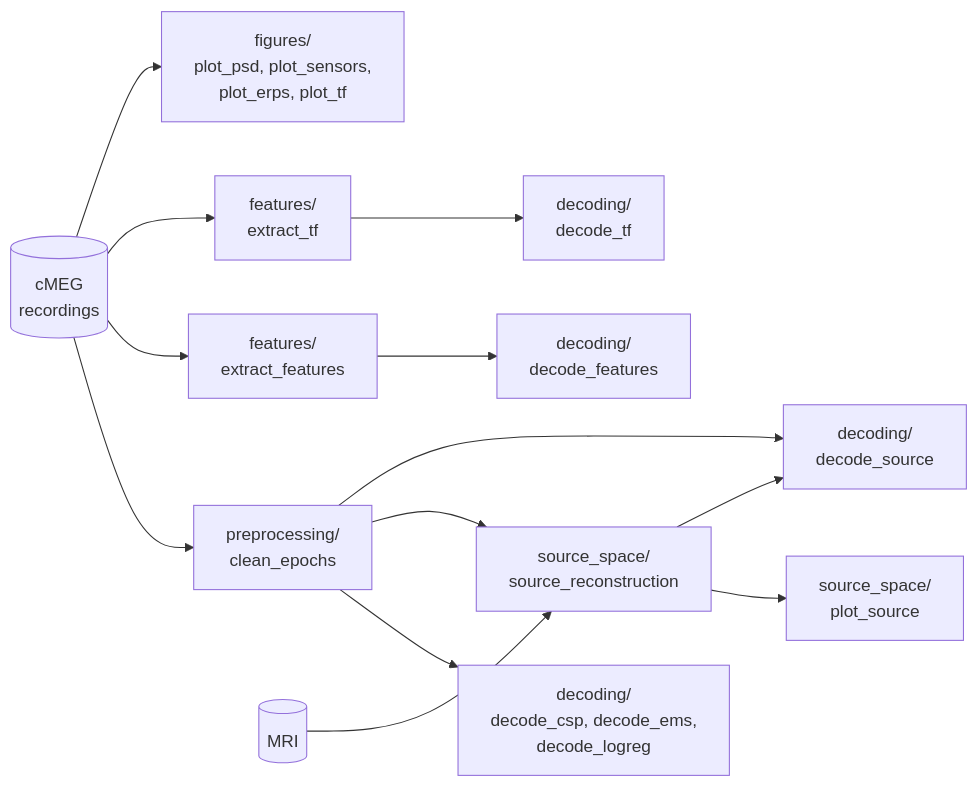
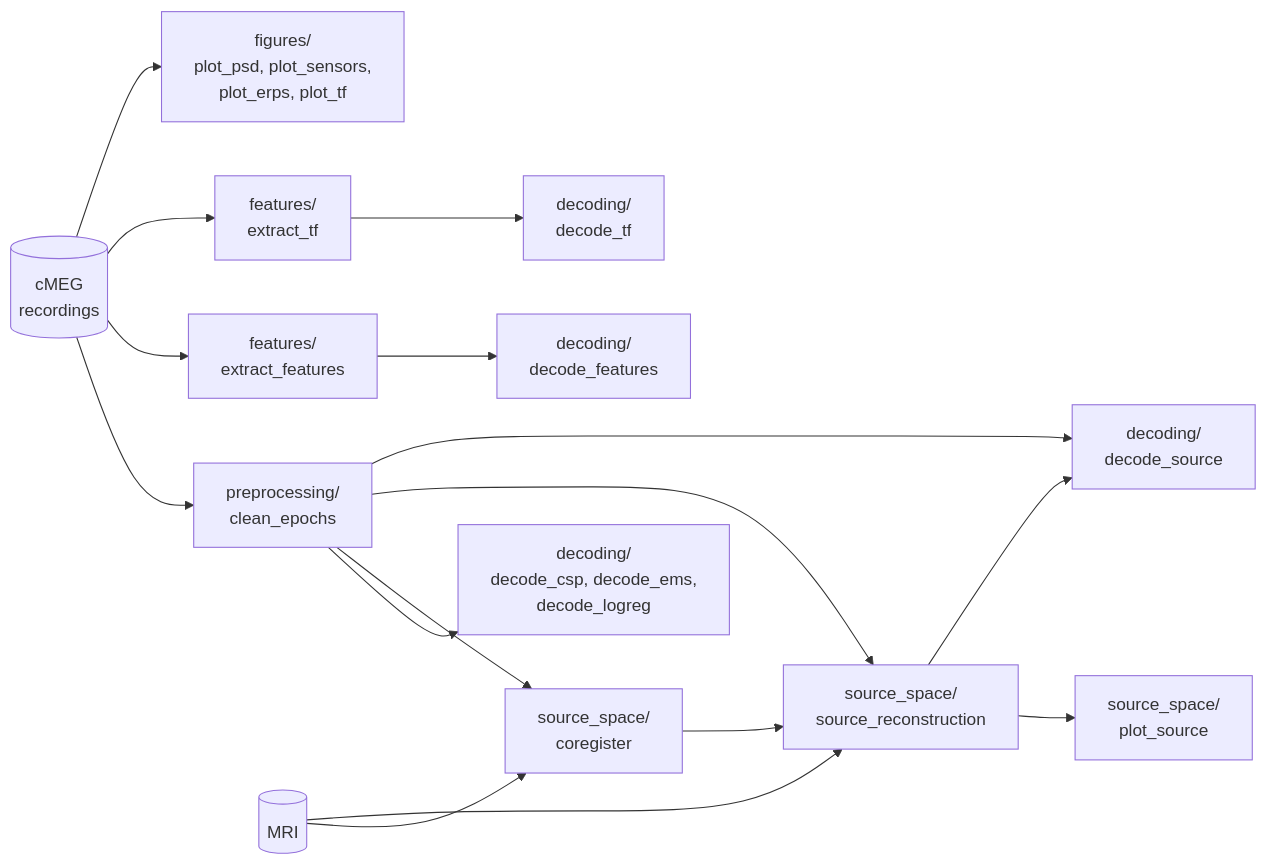
The diagram in README.md (karahanyilmazer/opm-rps), drawn with Mermaid before and after one commit. The commit also changed other lines of this file, not shown here.

````diff
--- a/README.md
+++ b/README.md
@@ -55,15 +56,18 @@
 ```mermaid
 flowchart LR
     raw[(cMEG<br>recordings)] --> clean[preprocessing/<br>clean_epochs]
     raw --> feat[features/<br>extract_features]
     raw --> tf[features/<br>extract_tf]
     raw --> figs[figures/<br>plot_psd, plot_sensors,<br>plot_erps, plot_tf]
     clean --> dec[decoding/<br>decode_csp, decode_ems,<br>decode_logreg]
-    clean --> src[source_space/<br>source_reconstruction]
-    mri[(MRI)] --> src
+    clean --> coreg[source_space/<br>coregister]
+    mri[(MRI)] --> coreg
+    coreg --> src[source_space/<br>source_reconstruction]
+    clean --> src
+    mri --> src
     src --> plotsrc[source_space/<br>plot_source]
     src --> decsrc[decoding/<br>decode_source]
     clean --> decsrc
     feat --> decfeat[decoding/<br>decode_features]
     tf --> dectf[decoding/<br>decode_tf]
 ```
````
